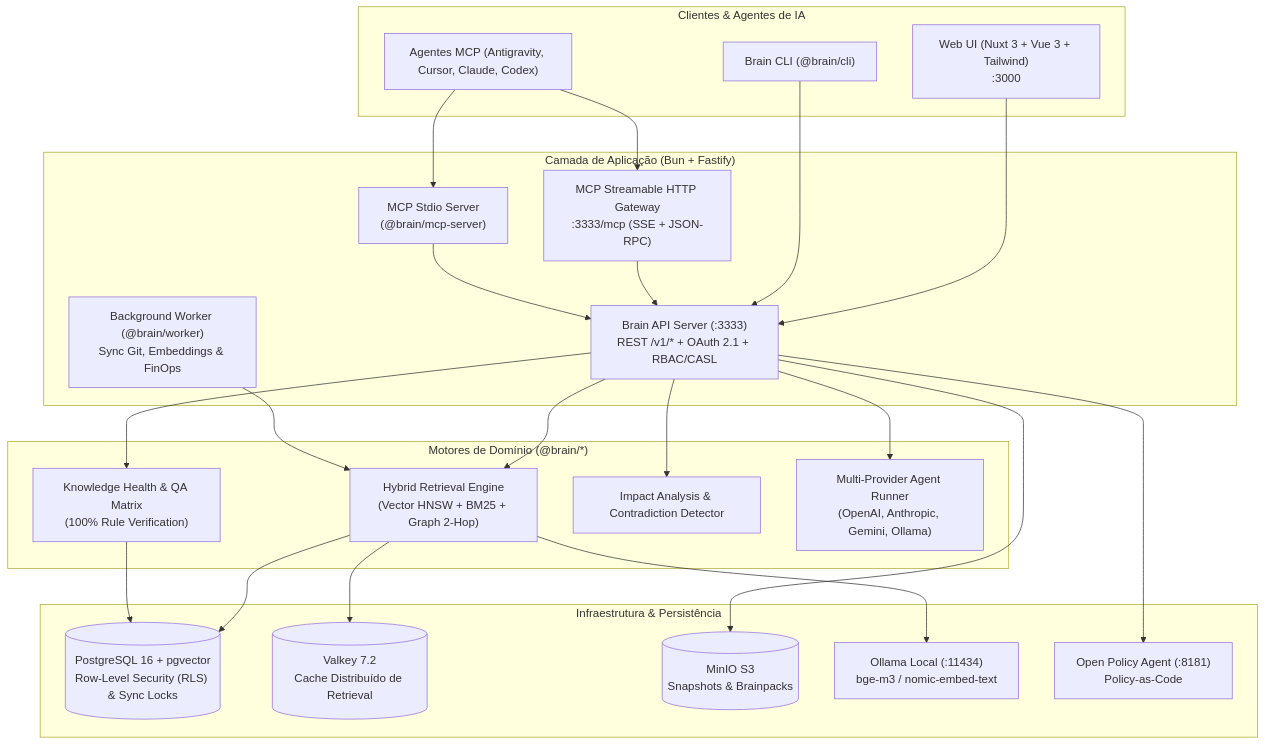
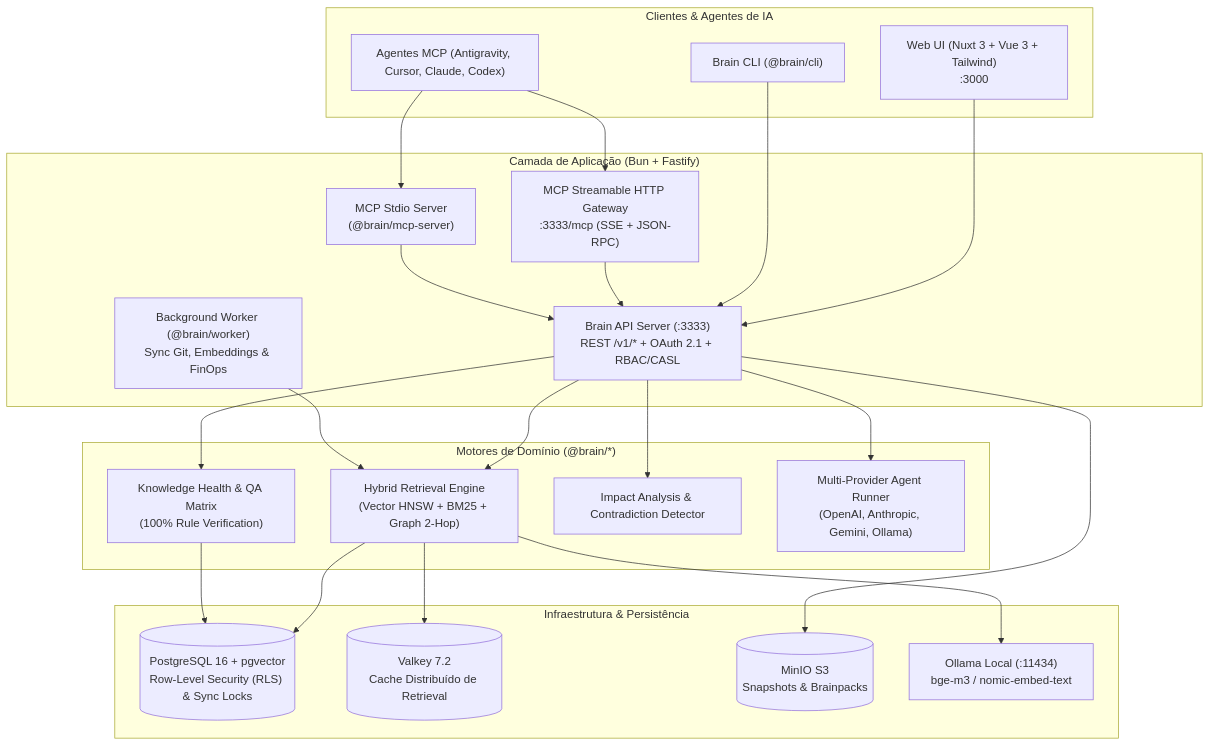
Before and after one commit to matheusbrittod3v/brain: the diagram in brain/README.md, drawn with Mermaid. The commit also changed other lines of this file and 41 other files, not shown here.

Commit message:
refactor(auth,infra,docs): remove Open Policy Agent (OPA) completely and standardize on CASL + PostgreSQL RLS

````diff
--- a/brain/README.md
+++ b/brain/README.md
@@ -55,48 +55,46 @@
 ```mermaid
 flowchart TB
   subgraph Clients["Clientes & Agentes de IA"]
     WebUI["Web UI (Nuxt 3 + Vue 3 + Tailwind)\n:3000"]
     Agents["Agentes MCP (Antigravity, Cursor, Claude, Codex)"]
     CLI["Brain CLI (@brain/cli)"]
   end
 
   subgraph CoreAPI["Camada de Aplicação (Bun + Fastify)"]
     API["Brain API Server (:3333)\nREST /v1/* + OAuth 2.1 + RBAC/CASL"]
     MCPHttp["MCP Streamable HTTP Gateway\n:3333/mcp (SSE + JSON-RPC)"]
     MCPStdio["MCP Stdio Server\n(@brain/mcp-server)"]
     Worker["Background Worker (@brain/worker)\nSync Git, Embeddings & FinOps"]
   end
 
   subgraph DomainPackages["Motores de Domínio (@brain/*)"]
     Retrieval["Hybrid Retrieval Engine\n(Vector HNSW + BM25 + Graph 2-Hop)"]
     Health["Knowledge Health & QA Matrix\n(100% Rule Verification)"]
     Impact["Impact Analysis & Contradiction Detector"]
     Runner["Multi-Provider Agent Runner\n(OpenAI, Anthropic, Gemini, Ollama)"]
   end
 
   subgraph Infra["Infraestrutura & Persistência"]
     PG[("PostgreSQL 16 + pgvector\nRow-Level Security (RLS) & Sync Locks")]
     Valkey[("Valkey 7.2\nCache Distribuído de Retrieval")]
     MinIO[("MinIO S3\nSnapshots & Brainpacks")]
     Ollama["Ollama Local (:11434)\nbge-m3 / nomic-embed-text"]
-    OPA["Open Policy Agent (:8181)\nPolicy-as-Code"]
   end
 
   WebUI --> API
   Agents --> MCPHttp
   Agents --> MCPStdio
   CLI --> API
   MCPHttp --> API
   MCPStdio --> API
   API --> Retrieval
   API --> Health
   API --> Impact
   API --> Runner
   Worker --> Retrieval
   Retrieval --> PG
   Retrieval --> Valkey
   Retrieval --> Ollama
   Health --> PG
   API --> MinIO
-  API --> OPA
 ```
````
